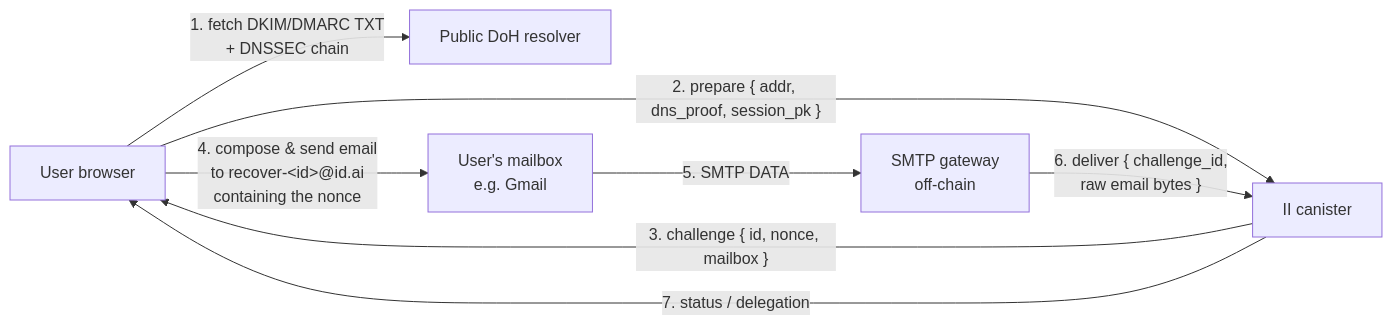
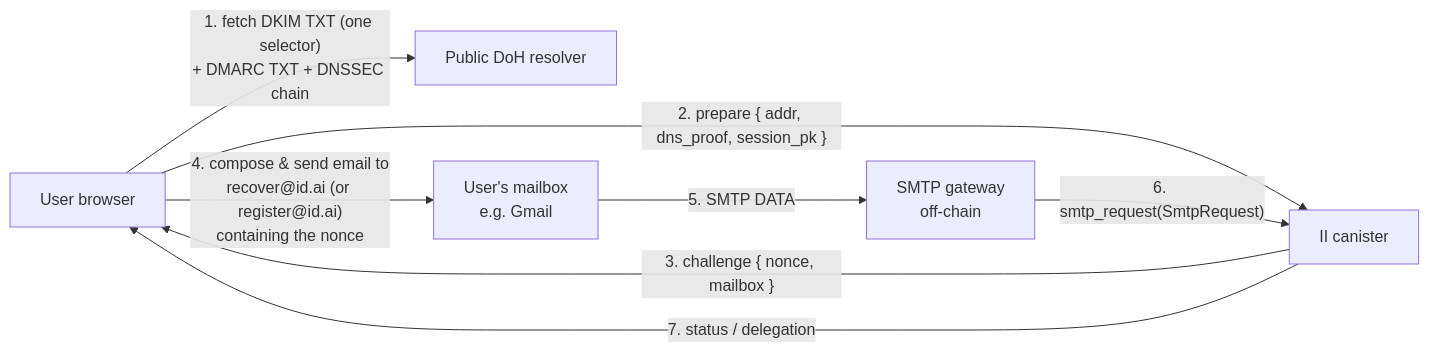
Before and after one commit to dfinity/internet-identity: the first of 3 diagrams in docs/ongoing/email-recovery.md, drawn with Mermaid. The commit also changed other lines of this file, not shown here.

First line of the commit message:
docs(email-recovery): tighten Candid surface and address lookup

````diff
--- a/docs/ongoing/email-recovery.md
+++ b/docs/ongoing/email-recovery.md
@@ -112,16 +112,16 @@
 ```mermaid
 flowchart LR
     User[User browser]
     DNS[Public DoH resolver]
     II[II canister]
     Mail[User's mailbox<br/>e.g. Gmail]
     GW[SMTP gateway<br/>off-chain]
 
-    User -- "1. fetch DKIM/DMARC TXT<br/>+ DNSSEC chain" --> DNS
+    User -- "1. fetch DKIM TXT (one selector)<br/>+ DMARC TXT + DNSSEC chain" --> DNS
     User -- "2. prepare { addr, dns_proof, session_pk }" --> II
-    II -- "3. challenge { id, nonce, mailbox }" --> User
-    User -- "4. compose & send email<br/>to recover-&lt;id&gt;@id.ai<br/>containing the nonce" --> Mail
+    II -- "3. challenge { nonce, mailbox }" --> User
+    User -- "4. compose & send email to<br/>recover@id.ai (or register@id.ai)<br/>containing the nonce" --> Mail
     Mail -- "5. SMTP DATA" --> GW
-    GW -- "6. deliver { challenge_id,<br/>raw email bytes }" --> II
+    GW -- "6. smtp_request(SmtpRequest)" --> II
     II -- "7. status / delegation" --> User
 ```
````
